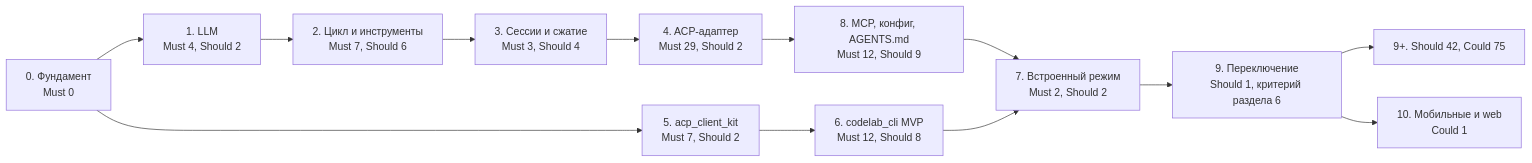
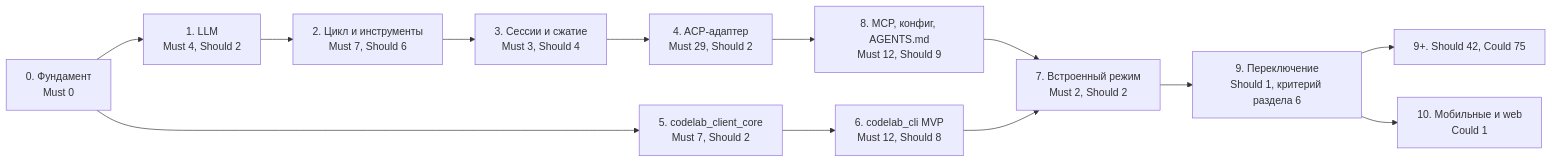
Before and after one commit to pese-git/codelab-app: the second of 2 diagrams in docs/architecture/proposals/agent-parity-goals.md, drawn with Mermaid. The commit also changed other lines of this file and 608 other files, not shown here.

First line of the commit message:
refactor: переименовать пакеты по схеме codelab_<сторона>_<слой> (ADR-0002)

````diff
--- a/docs/architecture/proposals/agent-parity-goals.md
+++ b/docs/architecture/proposals/agent-parity-goals.md
@@ -1072,15 +1072,15 @@
 ```mermaid
 flowchart LR
     S0["0. Фундамент<br/>Must 0"] --> S1["1. LLM<br/>Must 4, Should 2"]
     S1 --> S2["2. Цикл и инструменты<br/>Must 7, Should 6"]
     S2 --> S3["3. Сессии и сжатие<br/>Must 3, Should 4"]
     S3 --> S4["4. ACP-адаптер<br/>Must 29, Should 2"]
-    S0 --> S5["5. acp_client_kit<br/>Must 7, Should 2"]
+    S0 --> S5["5. codelab_client_core<br/>Must 7, Should 2"]
     S5 --> S6["6. codelab_cli MVP<br/>Must 12, Should 8"]
     S8 --> S7["7. Встроенный режим<br/>Must 2, Should 2"]
     S6 --> S7
     S4 --> S8["8. MCP, конфиг, AGENTS.md<br/>Must 12, Should 9"]
     S7 --> S9["9. Переключение<br/>Should 1, критерий раздела 6"]
     S9 --> SN["9+. Should 42, Could 75"]
     S9 --> S10["10. Мобильные и web<br/>Could 1"]
 ```
````
